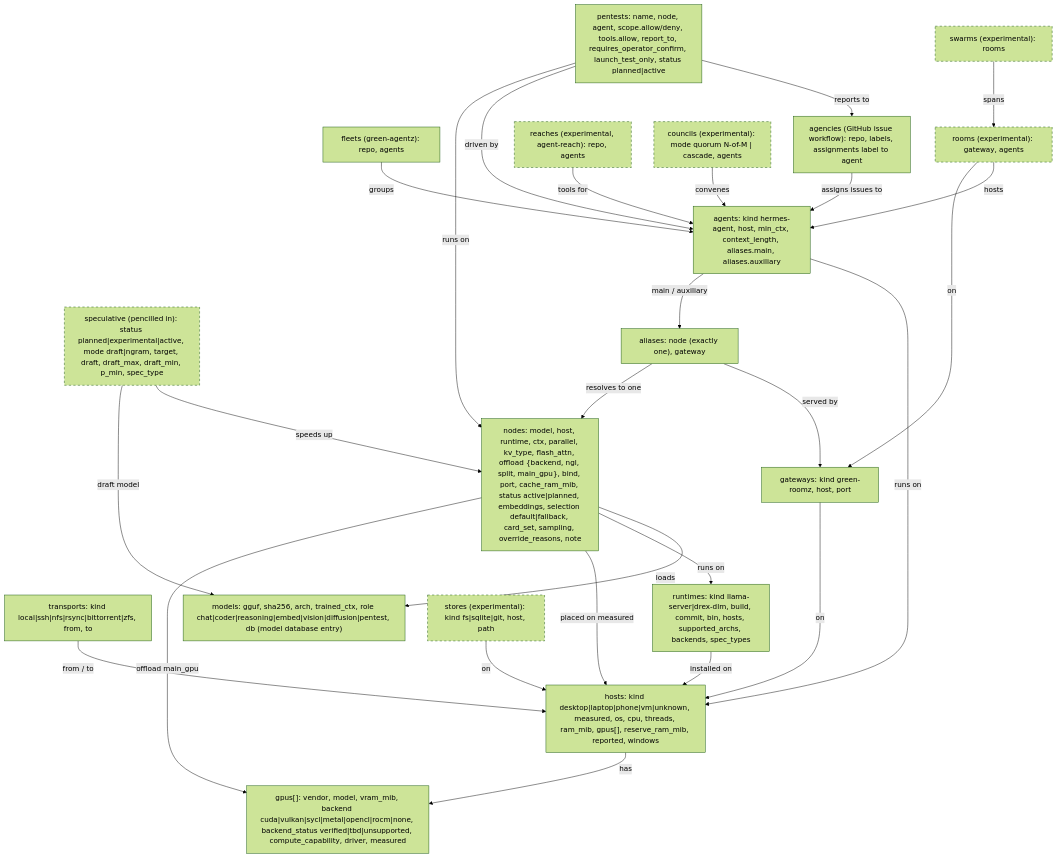
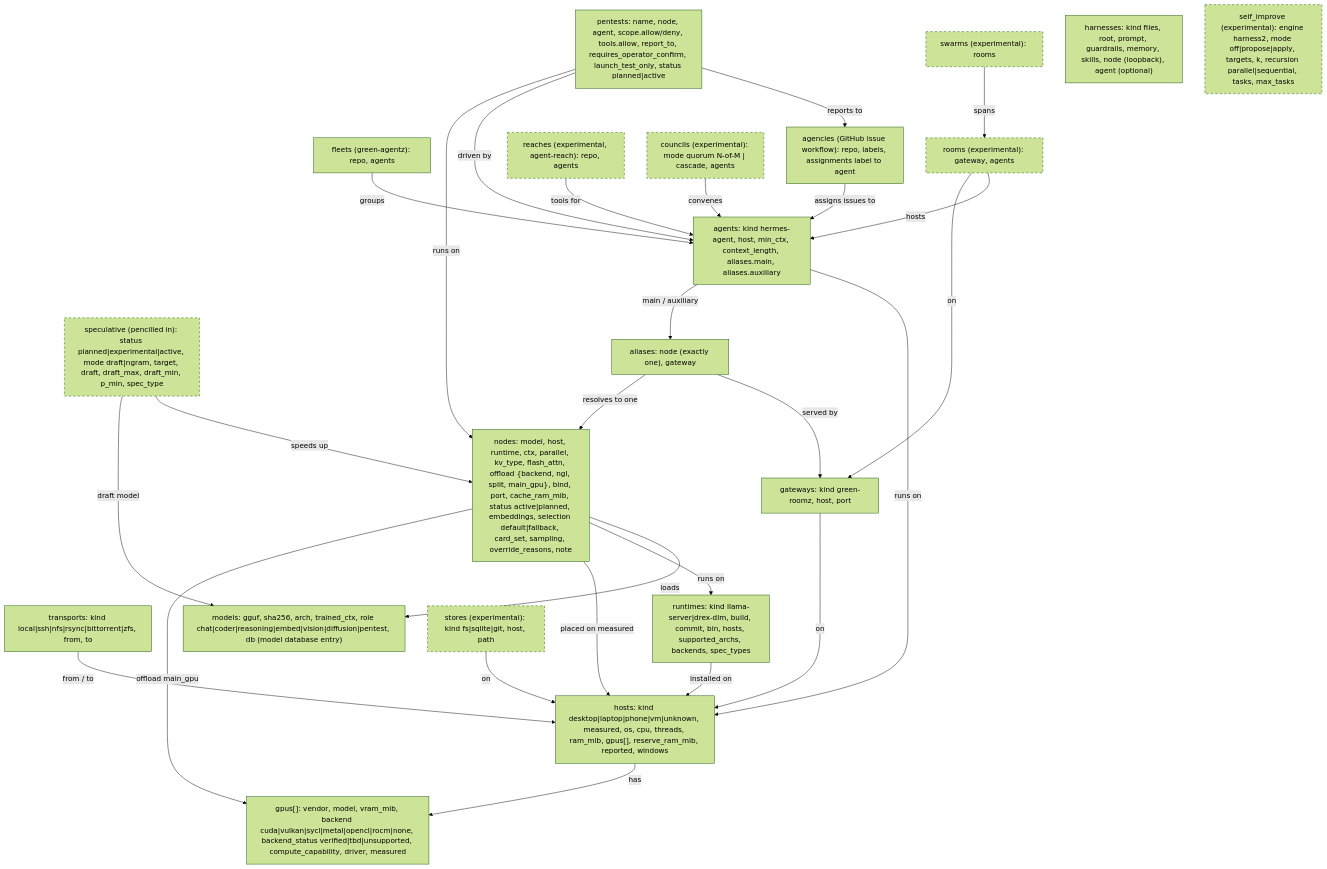
One commit to brianreborn/familia changed the diagram in docs/graph-types.md. Above: the diagram before and after it, drawn with Mermaid (forest theme). The commit also changed other lines of this file and 6 other files, not shown here.

Commit message:
docs: Harness² layer (docs/harness2.md), hermes.sh graph|single modes in QUICKSTART/MANUAL/escalation/graph-types/README; harness2.py: clear error for a missing runtime binary

````diff
--- a/docs/graph-types.md
+++ b/docs/graph-types.md
@@ -20,49 +20,51 @@
 ```mermaid
 graph TD
   host["hosts: kind desktop|laptop|phone|vm|unknown, measured, os, cpu, threads, ram_mib, gpus[], reserve_ram_mib, reported, windows"]
   gpu["gpus[]: vendor, model, vram_mib, backend cuda|vulkan|sycl|metal|opencl|rocm|none, backend_status verified|tbd|unsupported, compute_capability, driver, measured"]
   transport["transports: kind local|ssh|nfs|rsync|bittorrent|zfs, from, to"]
   runtime["runtimes: kind llama-server|drex-dlm, build, commit, bin, hosts, supported_archs, backends, spec_types"]
   model["models: gguf, sha256, arch, trained_ctx, role chat|coder|reasoning|embed|vision|diffusion|pentest, db (model database entry)"]
   node["nodes: model, host, runtime, ctx, parallel, kv_type, flash_attn, offload {backend, ngl, split, main_gpu}, bind, port, cache_ram_mib, status active|planned, embeddings, selection default|fallback, card_set, sampling, override_reasons, note"]
   spec["speculative (pencilled in): status planned|experimental|active, mode draft|ngram, target, draft, draft_max, draft_min, p_min, spec_type"]:::exp
   gateway["gateways: kind green-roomz, host, port"]
   alias["aliases: node (exactly one), gateway"]
   agent["agents: kind hermes-agent, host, min_ctx, context_length, aliases.main, aliases.auxiliary"]
   fleet["fleets (green-agentz): repo, agents"]
   agency["agencies (GitHub issue workflow): repo, labels, assignments label to agent"]
   room["rooms (experimental): gateway, agents"]:::exp
   swarm["swarms (experimental): rooms"]:::exp
   store["stores (experimental): kind fs|sqlite|git, host, path"]:::exp
   reach["reaches (experimental, agent-reach): repo, agents"]:::exp
   council["councils (experimental): mode quorum N-of-M | cascade, agents"]:::exp
   pentest["pentests: name, node, agent, scope.allow/deny, tools.allow, report_to, requires_operator_confirm, launch_test_only, status planned|active"]
+  harness["harnesses: kind files, root, prompt, guardrails, memory, skills, node (loopback), agent (optional)"]
+  selfimp["self_improve (experimental): engine harness2, mode off|propose|apply, targets, k, recursion parallel|sequential, tasks, max_tasks"]:::exp
 
 
   host -->|has| gpu
   node -->|offload main_gpu| gpu
   spec -->|draft model| model
   spec -->|speeds up| node
   transport -->|from / to| host
   runtime -->|installed on| host
   node -->|placed on measured| host
   node -->|runs on| runtime
   node -->|loads| model
   alias -->|resolves to one| node
   alias -->|served by| gateway
   gateway -->|on| host
   agent -->|main / auxiliary| alias
   agent -->|runs on| host
   fleet -->|groups| agent
   agency -->|assigns issues to| agent
   room -->|on| gateway
   room -->|hosts| agent
   swarm -->|spans| room
   store -->|on| host
   reach -->|tools for| agent
   council -->|convenes| agent
   pentest -->|runs on| node
   pentest -->|driven by| agent
   pentest -->|reports to| agency
   classDef exp stroke-dasharray: 5 5
 ```
````
